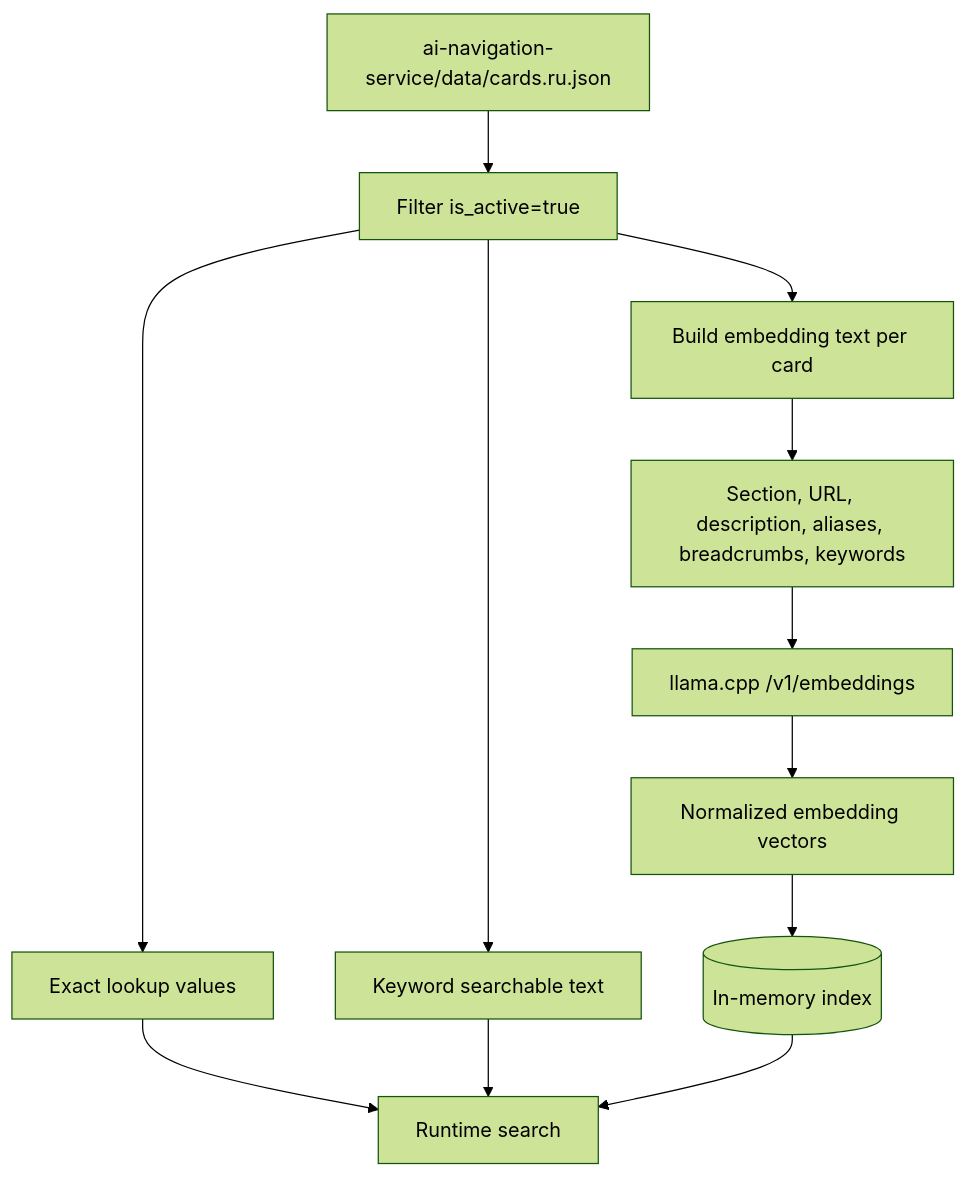
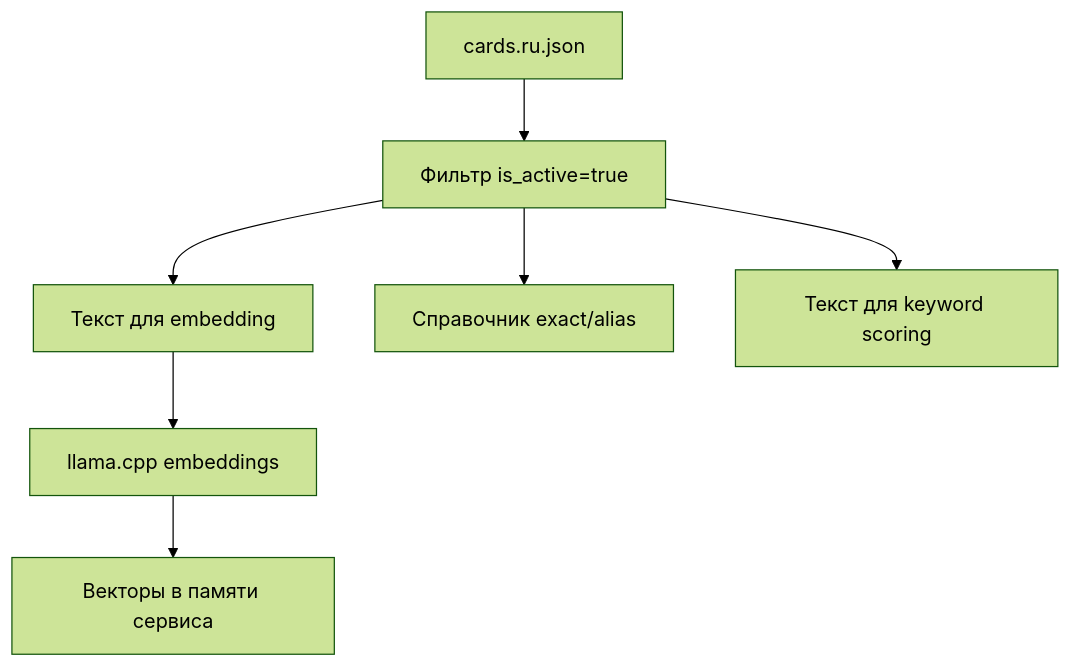
The eighth of 12 diagrams in docs/ai-navigation-architecture.md (GockMock/MOSPOLI_LMS), drawn with Mermaid (forest theme) before and after one commit. The commit also changed other lines of this file, not shown here.

Commit message:
Simplify Mermaid architecture docs in Russian

````diff
--- a/docs/ai-navigation-architecture.md
+++ b/docs/ai-navigation-architecture.md
@@ -184,17 +128,9 @@
 ```mermaid
 flowchart TD
-    Cards[ai-navigation-service/data/cards.ru.json] --> ActiveFilter[Filter is_active=true]
-    ActiveFilter --> CardText[Build embedding text per card]
-
-    CardText --> TextTemplate[Section, URL, description, aliases, breadcrumbs, keywords]
-    TextTemplate --> Llama[llama.cpp /v1/embeddings]
-    Llama --> Embeddings[Normalized embedding vectors]
-    Embeddings --> MemoryIndex[(In-memory index)]
-
-    ActiveFilter --> ExactMap[Exact lookup values]
-    ActiveFilter --> KeywordCorpus[Keyword searchable text]
-
-    ExactMap --> Runtime[Runtime search]
-    KeywordCorpus --> Runtime
-    MemoryIndex --> Runtime
+    cards[cards.ru.json] --> active[Фильтр is_active=true]
+    active --> text[Текст для embedding]
+    text --> llama[llama.cpp embeddings]
+    llama --> index[Векторы в памяти сервиса]
+    active --> exact[Справочник exact/alias]
+    active --> keyword[Текст для keyword scoring]
 ```
````
